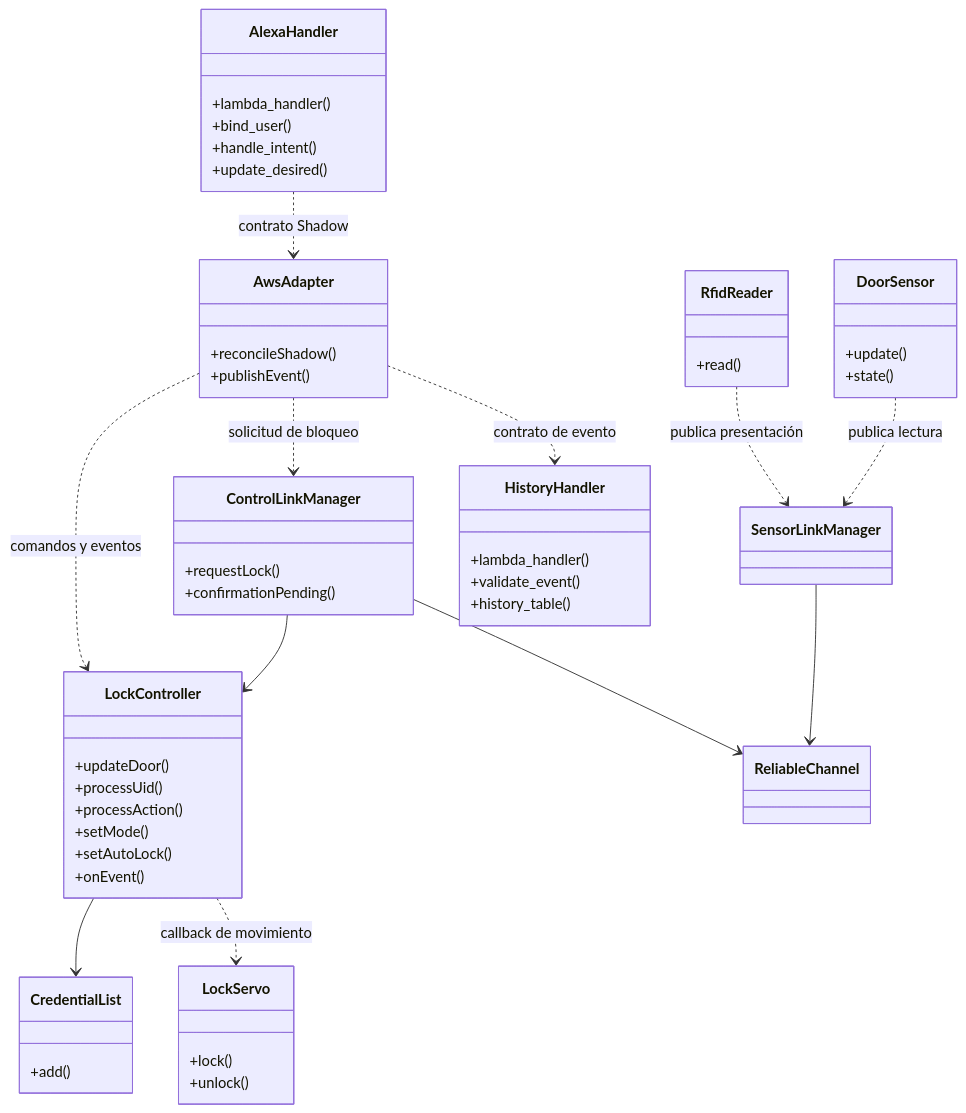
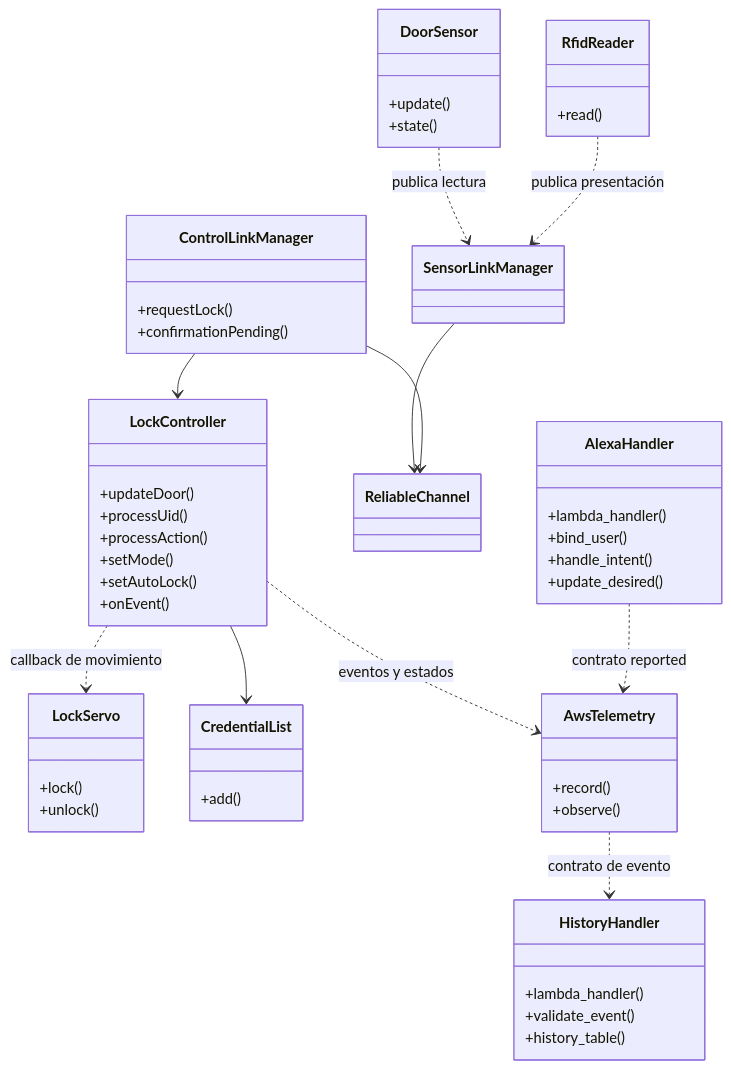
The fourth of 8 diagrams in docs/Practica-4.md (feliLuis/practica4PuertaInteligente), drawn with Mermaid before and after one commit. The commit also changed other lines of this file and 11 other files, not shown here.

```diff
--- a/docs/Practica-4.md
+++ b/docs/Practica-4.md
@@ -111,57 +111,56 @@
 ~~~mermaid
 classDiagram
     class DoorSensor {
         +update()
         +state()
     }
     class RfidReader {
         +read()
     }
     class LockController {
         +updateDoor()
         +processUid()
         +processAction()
         +setMode()
         +setAutoLock()
         +onEvent()
     }
     class LockServo {
         +lock()
         +unlock()
     }
     class CredentialList {
         +add()
     }
-    class AwsAdapter {
-        +reconcileShadow()
-        +publishEvent()
+    class AwsTelemetry {
+        +record()
+        +observe()
     }
     class ControlLinkManager {
         +requestLock()
         +confirmationPending()
     }
     class SensorLinkManager
     class ReliableChannel
     class AlexaHandler {
         +lambda_handler()
         +bind_user()
         +handle_intent()
         +update_desired()
     }
     class HistoryHandler {
         +lambda_handler()
         +validate_event()
         +history_table()
     }
     DoorSensor ..> SensorLinkManager : publica lectura
     RfidReader ..> SensorLinkManager : publica presentación
     SensorLinkManager --> ReliableChannel
     ControlLinkManager --> ReliableChannel
     ControlLinkManager --> LockController
     LockController --> CredentialList
     LockController ..> LockServo : callback de movimiento
-    AwsAdapter ..> LockController : comandos y eventos
-    AwsAdapter ..> ControlLinkManager : solicitud de bloqueo
-    AlexaHandler ..> AwsAdapter : contrato Shadow
-    AwsAdapter ..> HistoryHandler : contrato de evento
+    LockController ..> AwsTelemetry : eventos y estados
+    AlexaHandler ..> AwsTelemetry : contrato reported
+    AwsTelemetry ..> HistoryHandler : contrato de evento
 ~~~
```
